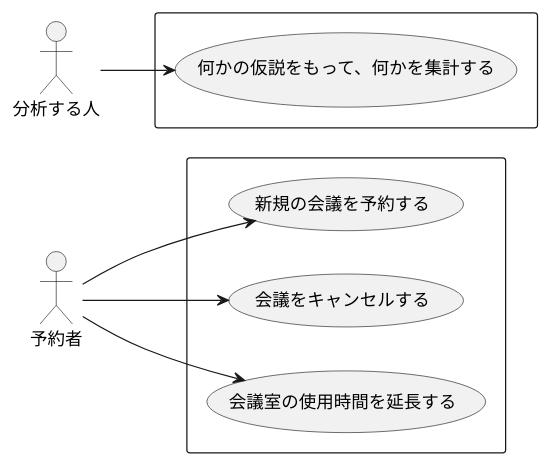
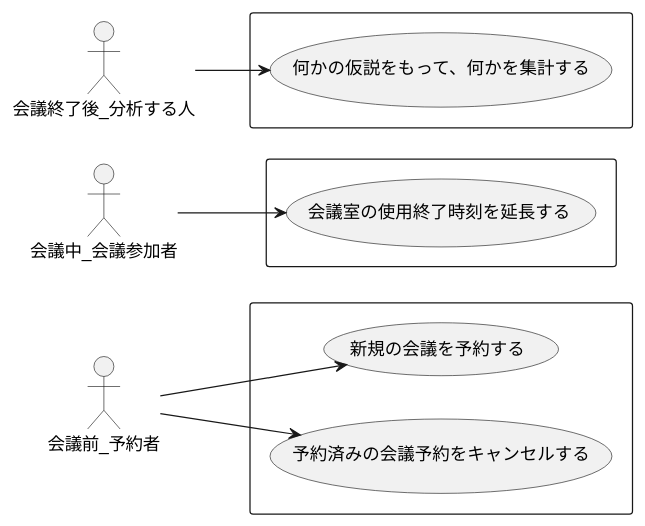
Before and after one commit to ModelingKai/meeting-room-python: the diagram in diagram/ユースケース.puml, drawn with PlantUML.

Commit message:
ユースケース図の更新。実際の行動の時間軸で区別した。きっと「業務フロー図」が必要そう。
- 会議前と、会議中では、実はコンテキスト違う説が浮上！
- 「予約の延長」の概念はちょっとおかしいかも。延長するのは、「実際に行っている会議の終了時刻」なのでは？
- どのユースケースかはわからんけど、会議使用に関しての「予約」と「実績」の2種類がありそう(コンテキストが違うってやつ？)
    - 「実績」になると、開始日時と終了日時は、絶対動かないはず(事実だから)
    - 「予約」の場合は、変更とかはあるやん？

```diff
--- a/diagram/ユースケース.puml
+++ b/diagram/ユースケース.puml
@@ -1,17 +1,21 @@
 @startuml
 left to right direction
 
-actor 予約者 as a1
-actor 分析する人 as a2
+actor 会議前_予約者 as a1
+actor 会議中_会議参加者  as a3
+actor 会議終了後_分析する人 as a2
 
 rectangle {
     a1 --> (新規の会議を予約する)
-    a1 --> (会議をキャンセルする)
-    a1 --> (会議室の使用時間を延長する)
+    a1 --> (予約済みの会議予約をキャンセルする)
 }
 
 rectangle {
     a2 --> (何かの仮説をもって、何かを集計する)
 }
 
+rectangle {
+    a3 --> (会議室の使用終了時刻を延長する)
+}
+
 @enduml
```
